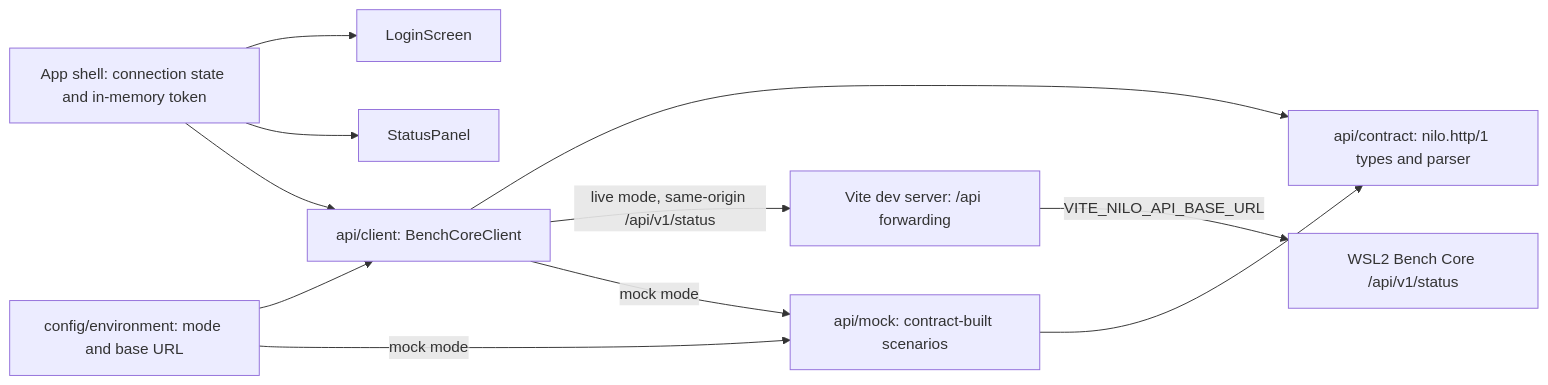
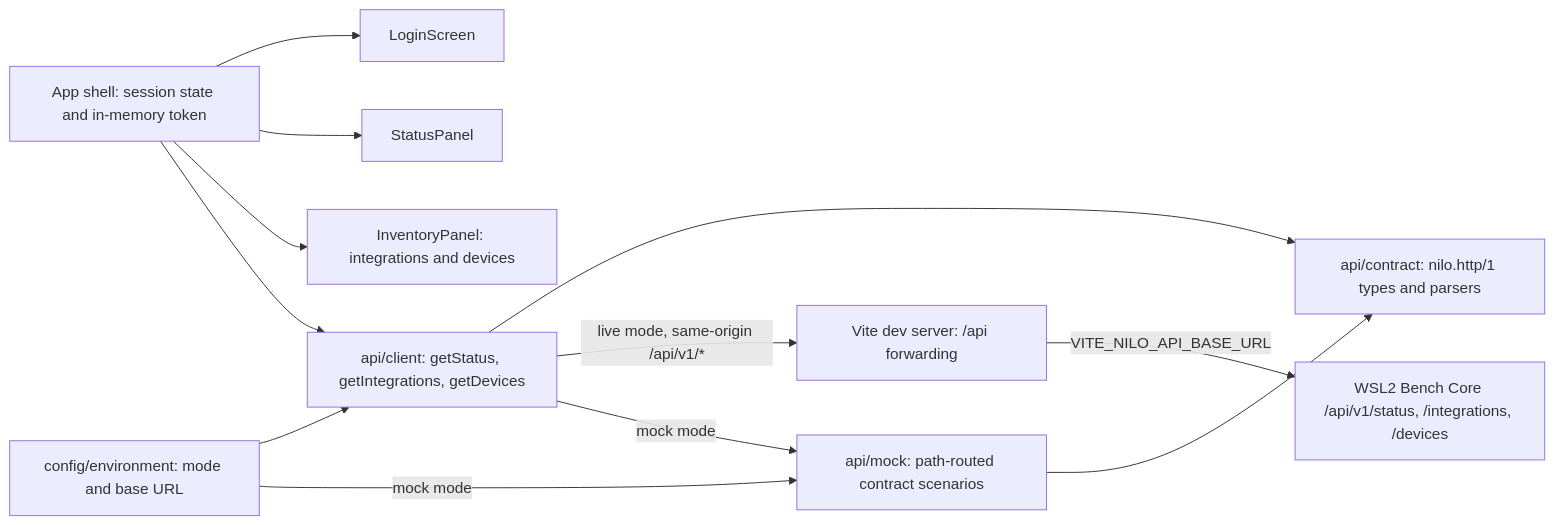
The diagram in .agentic/knowledge/gui-foundation.md (DDP-Engineering/2026_Networked_Intelligent_Lab_Orchestrator), drawn with Mermaid before and after one commit. The commit also changed other lines of this file and 34 other files, not shown here.

````diff
--- a/.agentic/knowledge/gui-foundation.md
+++ b/.agentic/knowledge/gui-foundation.md
@@ -73,22 +96,24 @@
 ```mermaid
 flowchart LR
-    app["App shell: connection state and in-memory token"]
+    app["App shell: session state and in-memory token"]
     login["LoginScreen"]
     status["StatusPanel"]
+    inventory["InventoryPanel: integrations and devices"]
     env["config/environment: mode and base URL"]
-    client["api/client: BenchCoreClient"]
-    contract["api/contract: nilo.http/1 types and parser"]
-    mock["api/mock: contract-built scenarios"]
+    client["api/client: getStatus, getIntegrations, getDevices"]
+    contract["api/contract: nilo.http/1 types and parsers"]
+    mock["api/mock: path-routed contract scenarios"]
     proxy["Vite dev server: /api forwarding"]
-    backend["WSL2 Bench Core /api/v1/status"]
+    backend["WSL2 Bench Core /api/v1/status, /integrations, /devices"]
     app --> login
     app --> status
+    app --> inventory
     env --> client
     env -- "mock mode" --> mock
     client --> contract
     mock --> contract
     app --> client
-    client -- "live mode, same-origin /api/v1/status" --> proxy
+    client -- "live mode, same-origin /api/v1/*" --> proxy
     proxy -- "VITE_NILO_API_BASE_URL" --> backend
     client -- "mock mode" --> mock
 ```
````
